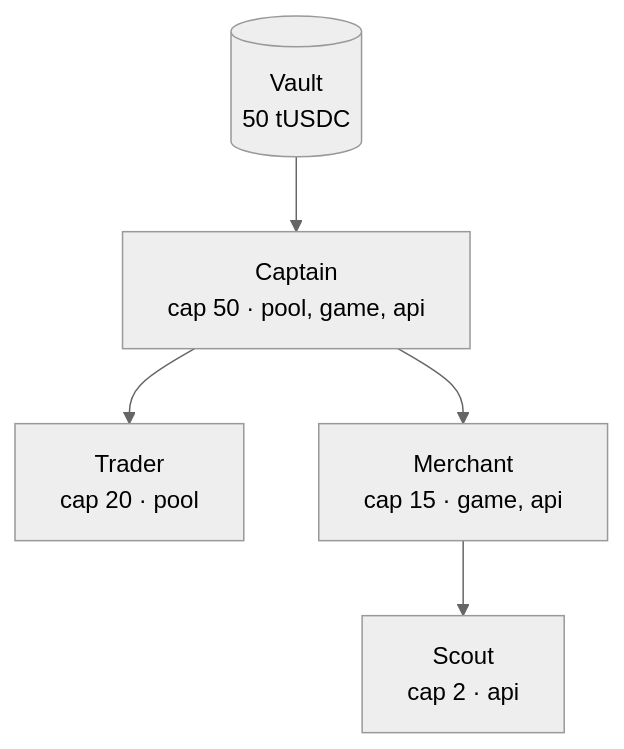
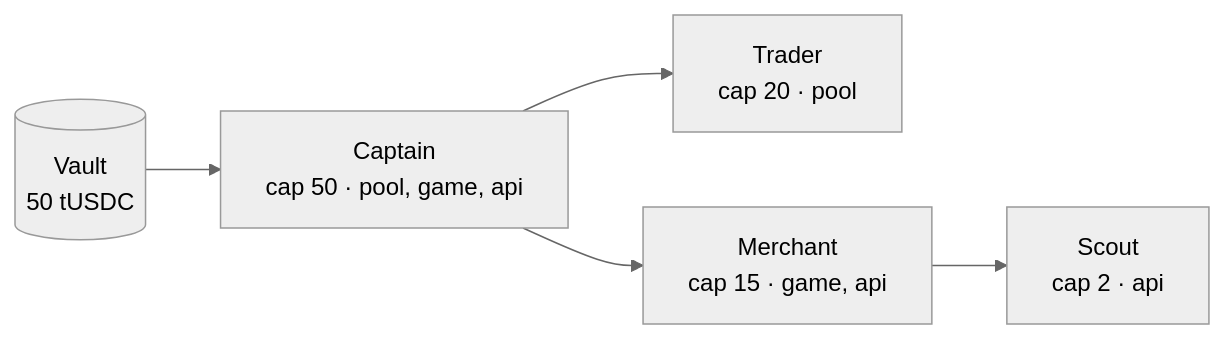
One commit to Shikhyy/enfeoff changed the first of 5 diagrams in README.md. Above: the diagram before and after it, drawn with Mermaid (neutral theme).

Commit message:
docs: lay out the delegation tree diagram horizontally
The vertical layout was clipped by GitHub's Mermaid frame in narrow viewports.

````diff
--- a/README.md
+++ b/README.md
@@ -33,7 +33,7 @@
 ```mermaid
-flowchart TD
+flowchart LR
   V[("Vault<br/>50 tUSDC")] --> C
   C["Captain<br/>cap 50 · pool, game, api"] --> T["Trader<br/>cap 20 · pool"]
   C --> M["Merchant<br/>cap 15 · game, api"]
   M --> S["Scout<br/>cap 2 · api"]
 ```
````
